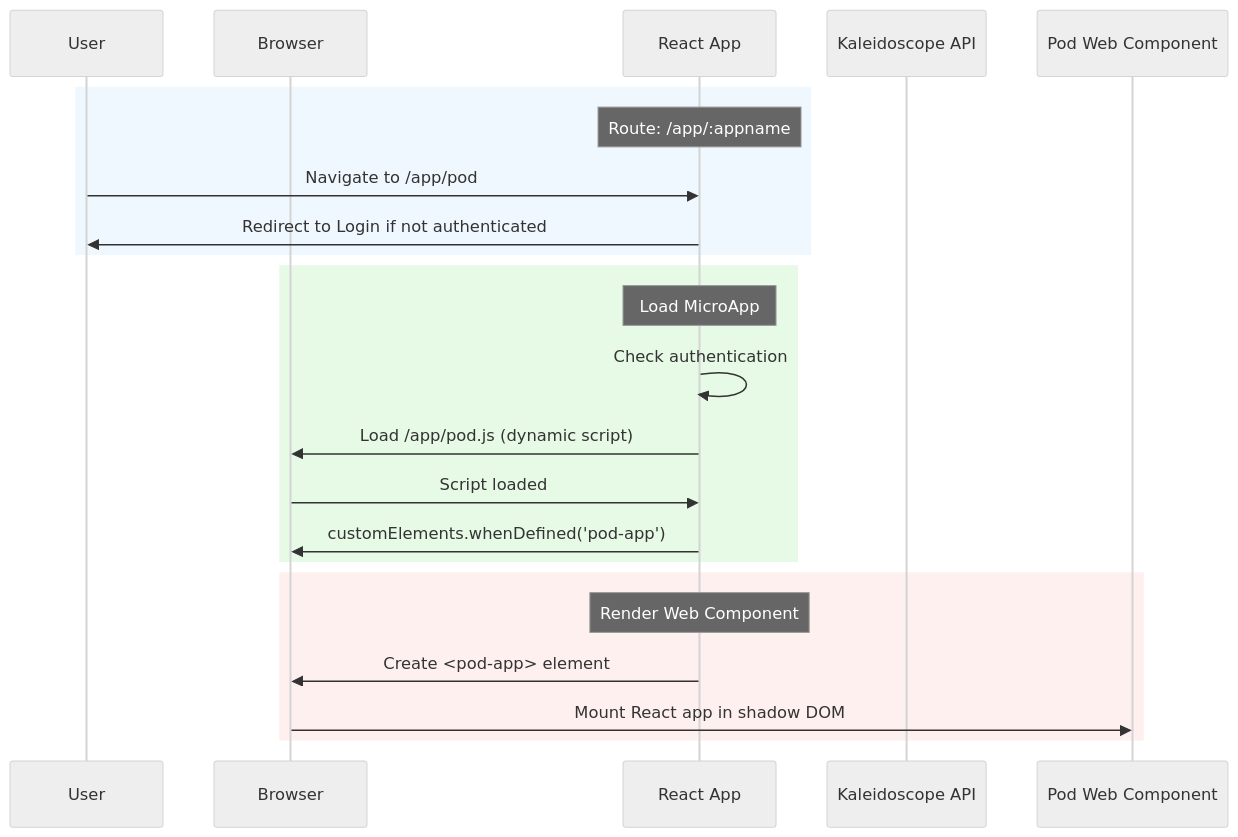
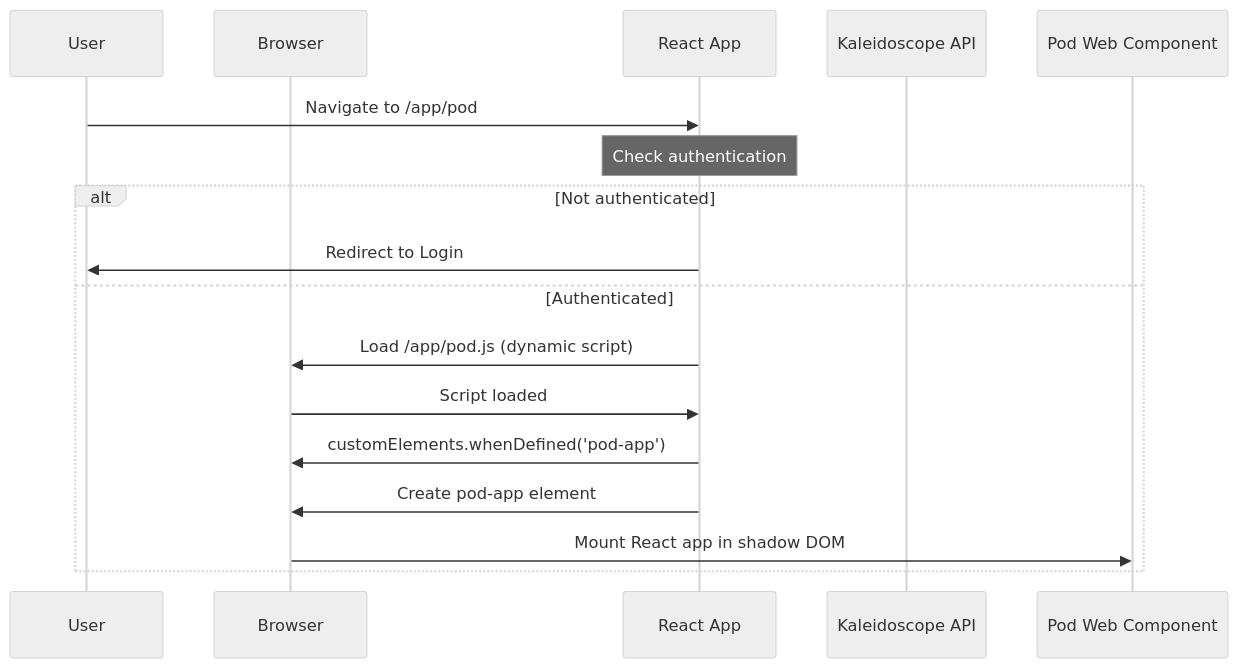
Before and after one commit to odstx/kaleidoscope: the second of 3 diagrams in ARCHITECTURE.md, drawn with Mermaid (neutral theme). The commit also changed other lines of this file, not shown here.

Commit message:
docs: fix mermaid syntax in architecture diagram

````diff
--- a/ARCHITECTURE.md
+++ b/ARCHITECTURE.md
@@ -106,28 +89,20 @@
 ```mermaid
 sequenceDiagram
     participant User
     participant Browser
     participant Frontend as React App
     participant Backend as Kaleidoscope API
     participant Pod as Pod Web Component
 
-    rect rgb(240, 248, 255)
-        Note over Frontend: Route: /app/:appname
-        User->>Frontend: Navigate to /app/pod
-        Frontend->>User: Redirect to Login if not authenticated
-    end
-
-    rect rgb(230, 250, 230)
-        Note over Frontend: Load MicroApp
-        Frontend->>Frontend: Check authentication
+    User->>Frontend: Navigate to /app/pod
+    Note over Frontend: Check authentication
+    alt Not authenticated
+        Frontend->>User: Redirect to Login
+    else Authenticated
         Frontend->>Browser: Load /app/pod.js (dynamic script)
         Browser->>Frontend: Script loaded
         Frontend->>Browser: customElements.whenDefined('pod-app')
-    end
-
-    rect rgb(255, 240, 240)
-        Note over Frontend: Render Web Component
-        Frontend->>Browser: Create <pod-app> element
+        Frontend->>Browser: Create pod-app element
         Browser->>Pod: Mount React app in shadow DOM
     end
 ```
````
